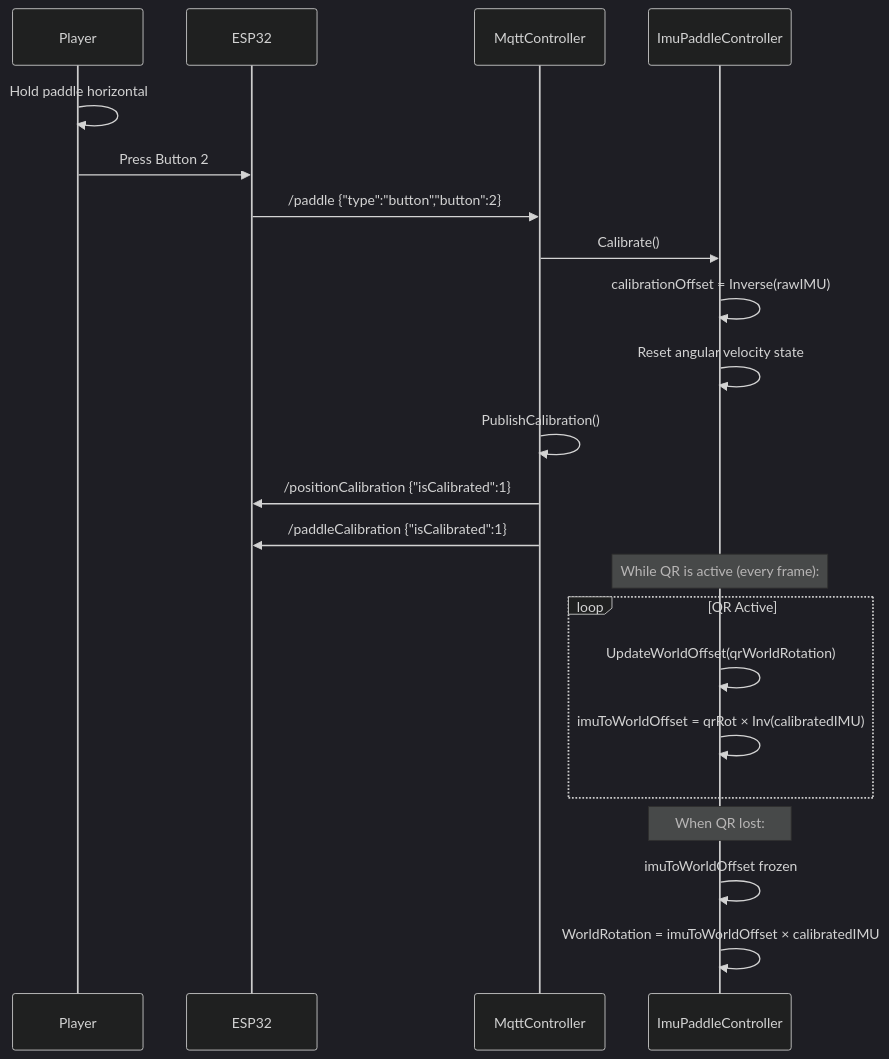
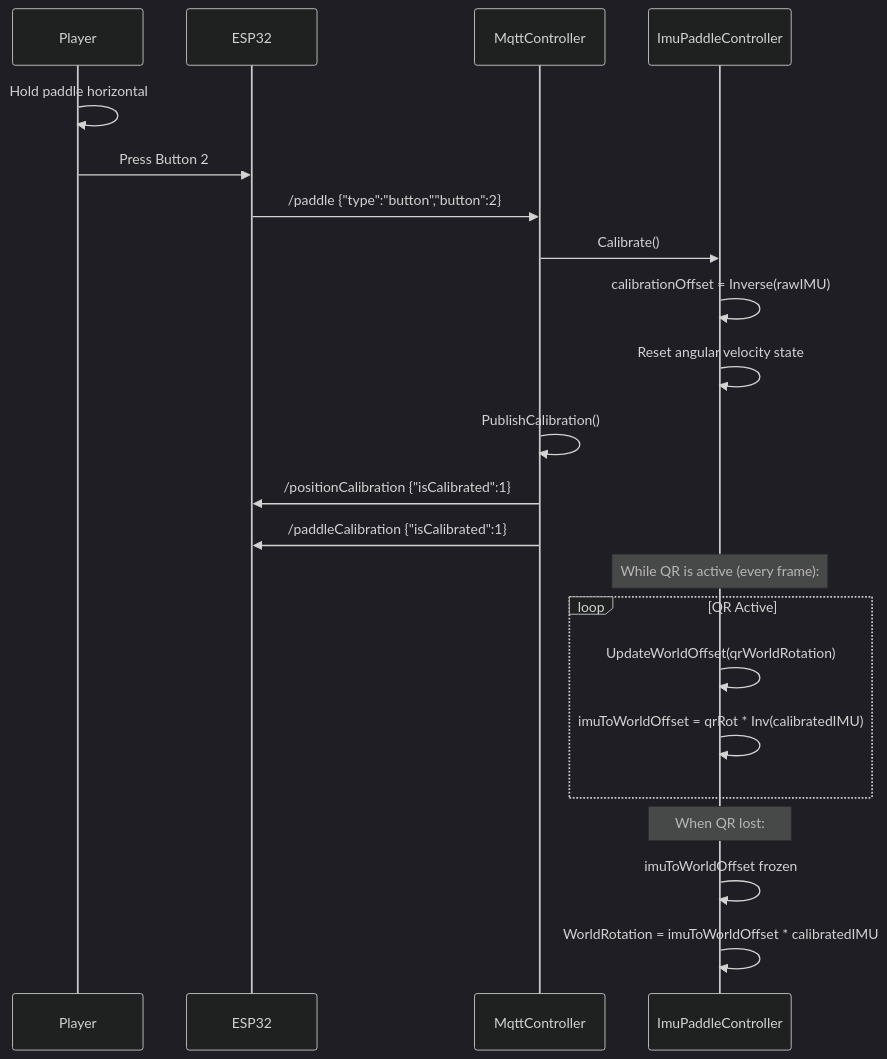
One commit to CG4002-AY2526S2-B03/Capstone_AR_Pickleball_Gameplay changed the sixth of 11 diagrams in Docs/UML_Diagrams.md. Above: the diagram before and after it, drawn with Mermaid (dark theme). The commit also changed other lines of this file, not shown here.

````diff
--- a/Docs/UML_Diagrams.md
+++ b/Docs/UML_Diagrams.md
@@ -357,27 +357,27 @@
 ```mermaid
 sequenceDiagram
     participant Player
     participant ESP as ESP32
     participant MQTT as MqttController
     participant IMU as ImuPaddleController
 
     Player->>Player: Hold paddle horizontal
     Player->>ESP: Press Button 2
     ESP->>MQTT: /paddle {"type":"button","button":2}
     MQTT->>IMU: Calibrate()
     IMU->>IMU: calibrationOffset = Inverse(rawIMU)
     IMU->>IMU: Reset angular velocity state
     MQTT->>MQTT: PublishCalibration()
     MQTT->>ESP: /positionCalibration {"isCalibrated":1}
     MQTT->>ESP: /paddleCalibration {"isCalibrated":1}
 
     Note over IMU: While QR is active (every frame):
     loop QR Active
         IMU->>IMU: UpdateWorldOffset(qrWorldRotation)
-        IMU->>IMU: imuToWorldOffset = qrRot × Inv(calibratedIMU)
+        IMU->>IMU: imuToWorldOffset = qrRot * Inv(calibratedIMU)
     end
 
     Note over IMU: When QR lost:
     IMU->>IMU: imuToWorldOffset frozen
-    IMU->>IMU: WorldRotation = imuToWorldOffset × calibratedIMU
+    IMU->>IMU: WorldRotation = imuToWorldOffset * calibratedIMU
 ```
````
